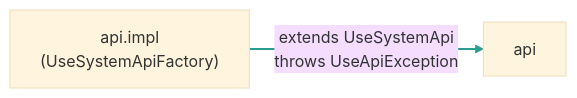
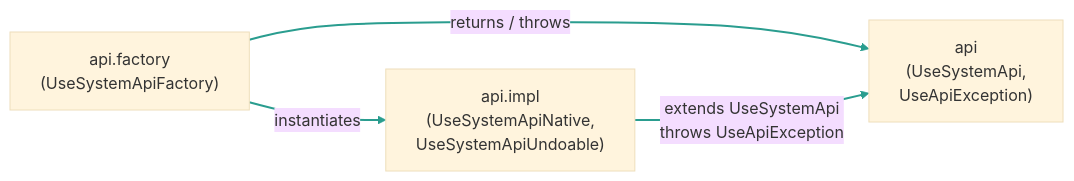
One commit to useocl/use changed the sixth of 10 diagrams in README_nghiabt_notes_on_this_pr/nghiabt_notes_on_this_pr.md. Above: the diagram before and after it, drawn with Mermaid (base theme). The commit also changed other lines of this file and 14 other files, not shown here.

Commit message:
refactor(test): replace import to free the `exports org.tzi.use.api.impl` problem

````diff
--- a/README_nghiabt_notes_on_this_pr/nghiabt_notes_on_this_pr.md
+++ b/README_nghiabt_notes_on_this_pr/nghiabt_notes_on_this_pr.md
@@ -140,5 +146,7 @@
 ```mermaid
 flowchart LR
-    impl["api.impl<br/>(UseSystemApiFactory)"] -->|"extends UseSystemApi<br/>throws UseApiException"| root["api"]
-    linkStyle 0 stroke:#2a9d8f,stroke-width:2px
+    factory["api.factory<br/>(UseSystemApiFactory)"] -->|"instantiates"| impl["api.impl<br/>(UseSystemApiNative,<br/>UseSystemApiUndoable)"]
+    factory -->|"returns / throws"| root["api<br/>(UseSystemApi,<br/>UseApiException)"]
+    impl -->|"extends UseSystemApi<br/>throws UseApiException"| root
+    linkStyle 0,1,2 stroke:#2a9d8f,stroke-width:2px
 ```
````
